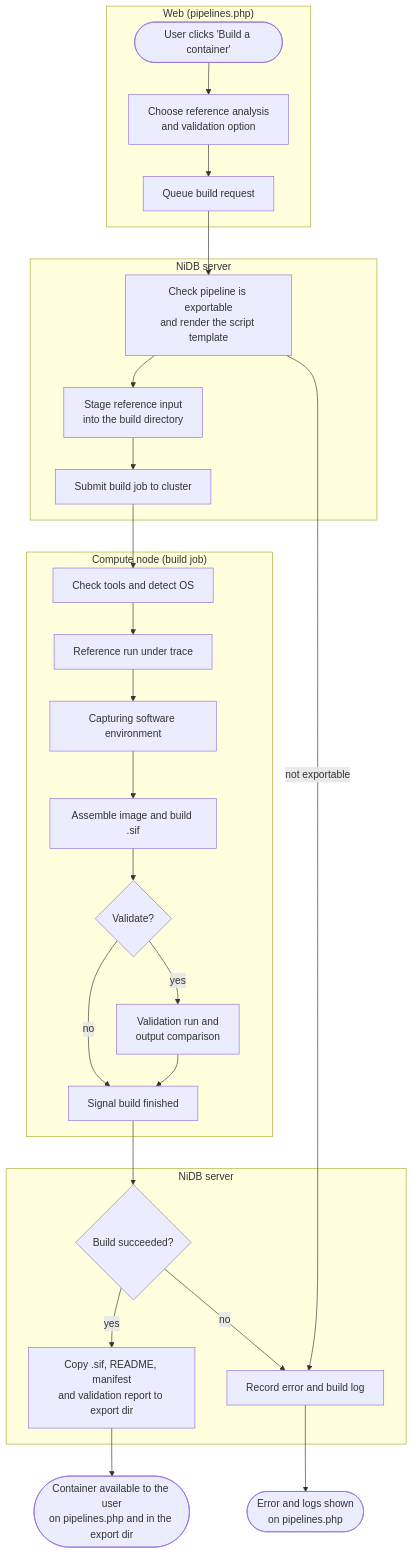
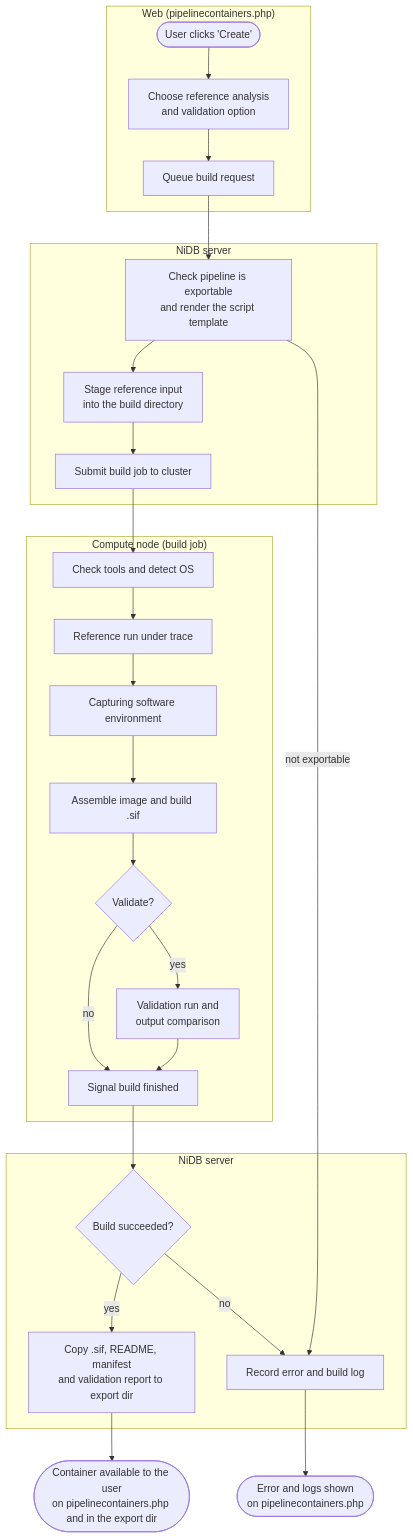
One commit to gbook/nidb changed the diagram in doc/pipeline-apptainer.md. Above: the diagram before and after it, drawn with Mermaid. The commit also changed other lines of this file and 11 other files, not shown here.

Commit message:
adding pipeline -> container export

````diff
--- a/doc/pipeline-apptainer.md
+++ b/doc/pipeline-apptainer.md
@@ -281,37 +281,37 @@
 ```mermaid
 flowchart TD
-    subgraph WEB["Web (pipelines.php)"]
-        A([User clicks 'Build a container']) --> B[Choose reference analysis<br/>and validation option]
+    subgraph WEB["Web (pipelinecontainers.php)"]
+        A([User clicks 'Create']) --> B[Choose reference analysis<br/>and validation option]
         B --> C[Queue build request]
     end
 
     subgraph SRV1["NiDB server"]
         D[Check pipeline is exportable<br/>and render the script template]
         D --> E[Stage reference input<br/>into the build directory]
         E --> F[Submit build job to cluster]
     end
 
     subgraph NODE["Compute node (build job)"]
         G[Check tools and detect OS]
         G --> H[Reference run under trace]
         H --> I[Capturing software environment]
         I --> J[Assemble image and build .sif]
         J --> K{Validate?}
         K -- yes --> L[Validation run and<br/>output comparison]
         K -- no --> M[Signal build finished]
         L --> M
     end
 
     subgraph SRV2["NiDB server"]
         N{Build succeeded?}
         N -- yes --> O[Copy .sif, README, manifest<br/>and validation report to export dir]
         N -- no --> P[Record error and build log]
     end
 
     C --> D
     D -- not exportable --> P
     F --> G
     M --> N
-    O --> Q([Container available to the user<br/>on pipelines.php and in the export dir])
-    P --> R([Error and logs shown<br/>on pipelines.php])
+    O --> Q([Container available to the user<br/>on pipelinecontainers.php and in the export dir])
+    P --> R([Error and logs shown<br/>on pipelinecontainers.php])
 ```
````
